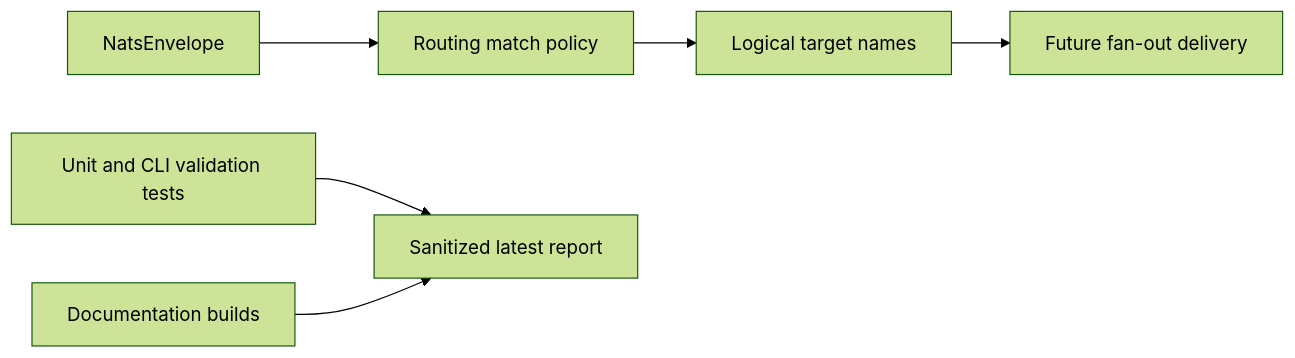
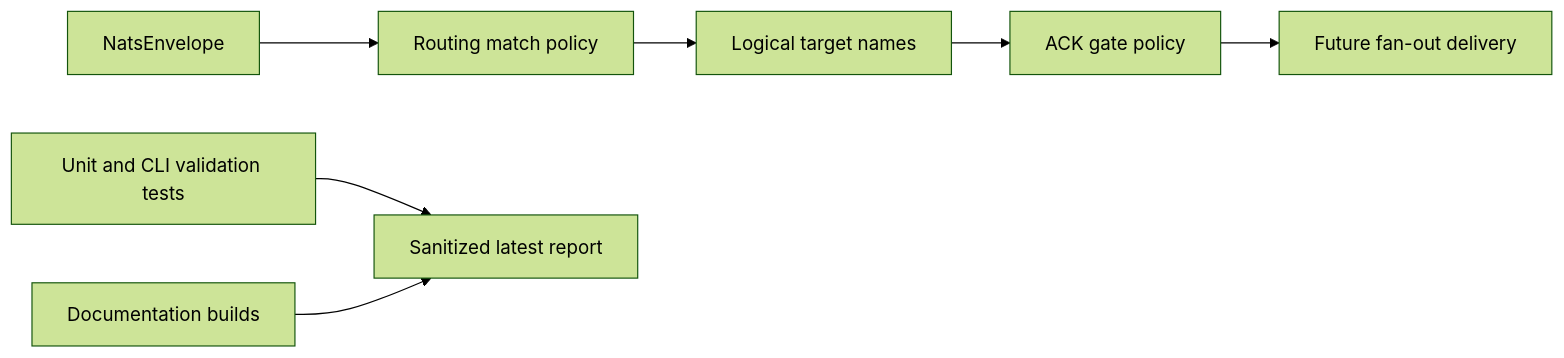
Before and after one commit to ProjectCuillin/nats-sinks: the diagram in docs/test-report.md, drawn with Mermaid (forest theme). The commit also changed other lines of this file and 21 other files, not shown here.

Commit message:
Add optional fanout ack gate policy

````diff
--- a/docs/test-report.md
+++ b/docs/test-report.md
@@ -30,8 +31,9 @@
 ```mermaid
 flowchart LR
     Env[NatsEnvelope] --> Policy[Routing match policy]
     Policy --> Targets[Logical target names]
-    Targets --> Future[Future fan-out delivery]
+    Targets --> AckGate[ACK gate policy]
+    AckGate --> Future[Future fan-out delivery]
     Tests[Unit and CLI validation tests] --> Report[Sanitized latest report]
     Docs[Documentation builds] --> Report
 ```
````
